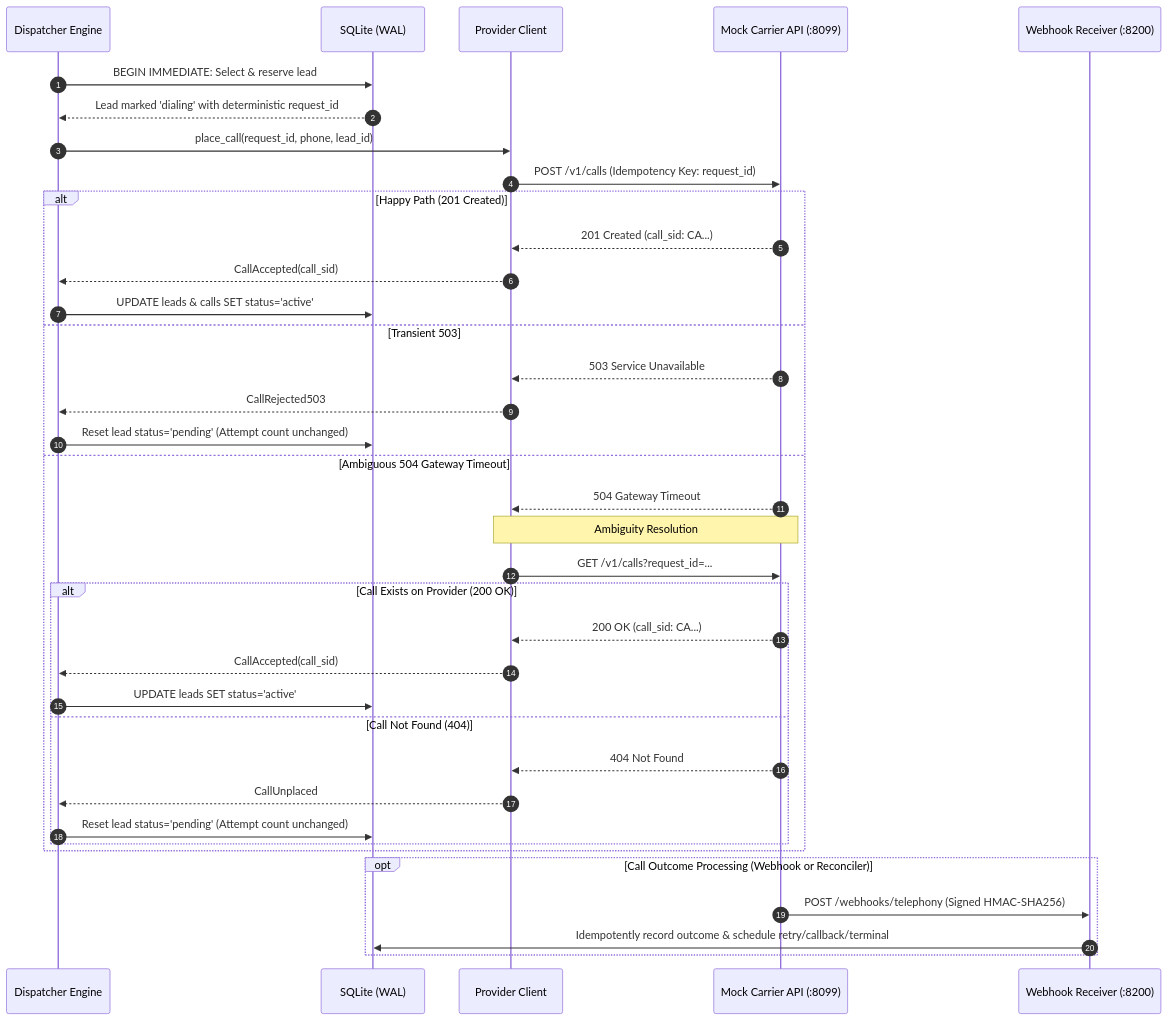
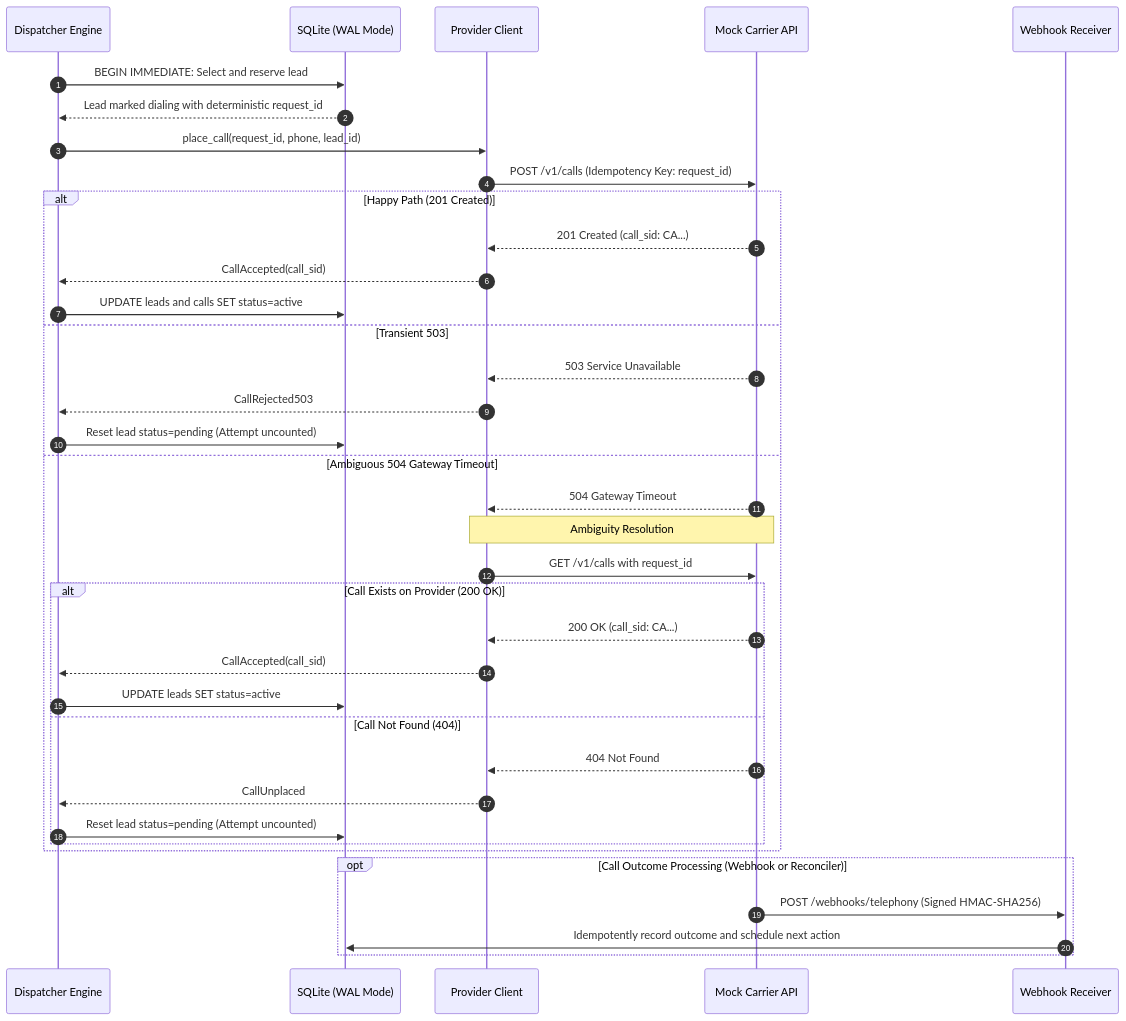
The third of 3 diagrams in README.md (mayank-dotcom/AU_assignmentb), drawn with Mermaid before and after one commit. The commit also changed other lines of this file and 1 other file, not shown here.

````diff
--- a/README.md
+++ b/README.md
@@ -173,42 +175,42 @@
 ```mermaid
 sequenceDiagram
     autonumber
     participant D as Dispatcher Engine
-    participant DB as SQLite (WAL)
+    participant DB as SQLite (WAL Mode)
     participant C as Provider Client
-    participant P as Mock Carrier API (:8099)
-    participant W as Webhook Receiver (:8200)
+    participant P as Mock Carrier API
+    participant W as Webhook Receiver
 
-    D->>DB: BEGIN IMMEDIATE: Select & reserve lead
-    DB-->>D: Lead marked 'dialing' with deterministic request_id
+    D->>DB: BEGIN IMMEDIATE: Select and reserve lead
+    DB-->>D: Lead marked dialing with deterministic request_id
     D->>C: place_call(request_id, phone, lead_id)
     C->>P: POST /v1/calls (Idempotency Key: request_id)
     
     alt Happy Path (201 Created)
         P-->>C: 201 Created (call_sid: CA...)
         C-->>D: CallAccepted(call_sid)
-        D->>DB: UPDATE leads & calls SET status='active'
+        D->>DB: UPDATE leads and calls SET status=active
     else Transient 503
         P-->>C: 503 Service Unavailable
         C-->>D: CallRejected503
-        D->>DB: Reset lead status='pending' (Attempt count unchanged)
+        D->>DB: Reset lead status=pending (Attempt uncounted)
     else Ambiguous 504 Gateway Timeout
         P-->>C: 504 Gateway Timeout
         Note over C,P: Ambiguity Resolution
-        C->>P: GET /v1/calls?request_id=...
+        C->>P: GET /v1/calls with request_id
         alt Call Exists on Provider (200 OK)
             P-->>C: 200 OK (call_sid: CA...)
             C-->>D: CallAccepted(call_sid)
-            D->>DB: UPDATE leads SET status='active'
+            D->>DB: UPDATE leads SET status=active
         else Call Not Found (404)
             P-->>C: 404 Not Found
             C-->>D: CallUnplaced
-            D->>DB: Reset lead status='pending' (Attempt count unchanged)
+            D->>DB: Reset lead status=pending (Attempt uncounted)
         end
     end
 
     opt Call Outcome Processing (Webhook or Reconciler)
         P->>W: POST /webhooks/telephony (Signed HMAC-SHA256)
-        W->>DB: Idempotently record outcome & schedule retry/callback/terminal
+        W->>DB: Idempotently record outcome and schedule next action
     end
 ```
````
